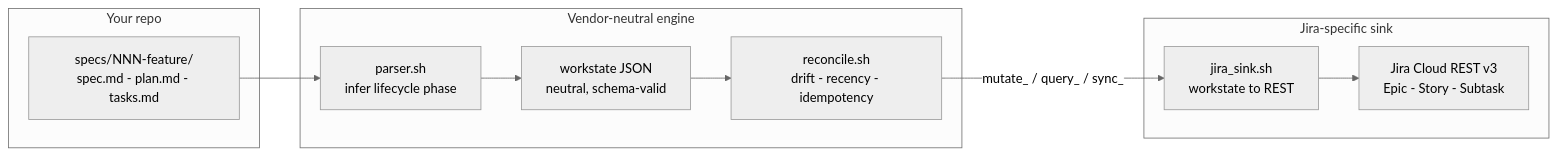
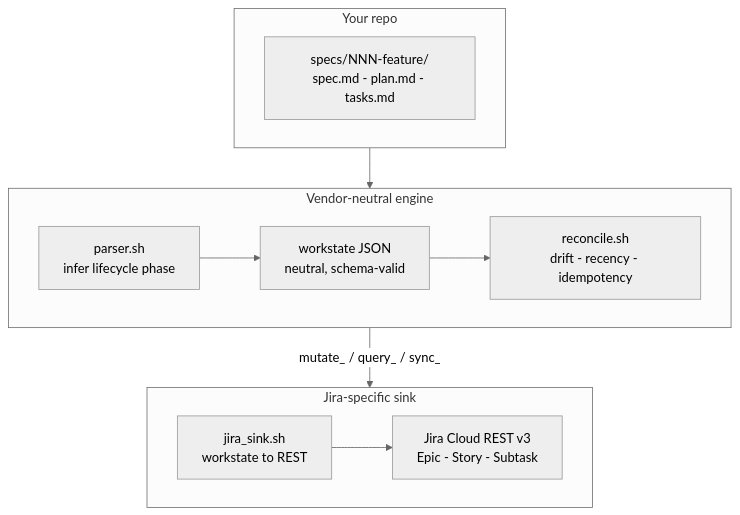
One commit to ashbrener/spec-kit-jira-sync changed the first of 5 diagrams in README.md. Above: the diagram before and after it, drawn with Mermaid (neutral theme). The commit also changed other lines of this file and 48 other files, not shown here.

````diff
--- a/README.md
+++ b/README.md
@@ -53,19 +53,22 @@
 ```mermaid
-flowchart LR
+flowchart TB
     subgraph DISK["Your repo"]
+        direction LR
         SPECS["specs/NNN-feature/<br/>spec.md - plan.md - tasks.md"]
     end
     subgraph NEUTRAL["Vendor-neutral engine"]
+        direction LR
         PARSER["parser.sh<br/>infer lifecycle phase"]
         WS["workstate JSON<br/>neutral, schema-valid"]
         ENGINE["reconcile.sh<br/>drift - recency - idempotency"]
         PARSER --> WS --> ENGINE
     end
     subgraph SINK["Jira-specific sink"]
+        direction LR
         JSINK["jira_sink.sh<br/>workstate to REST"]
         REST["Jira Cloud REST v3<br/>Epic - Story - Subtask"]
         JSINK --> REST
     end
     SPECS --> PARSER
     ENGINE -->|mutate_ / query_ / sync_| JSINK
 ```
````
